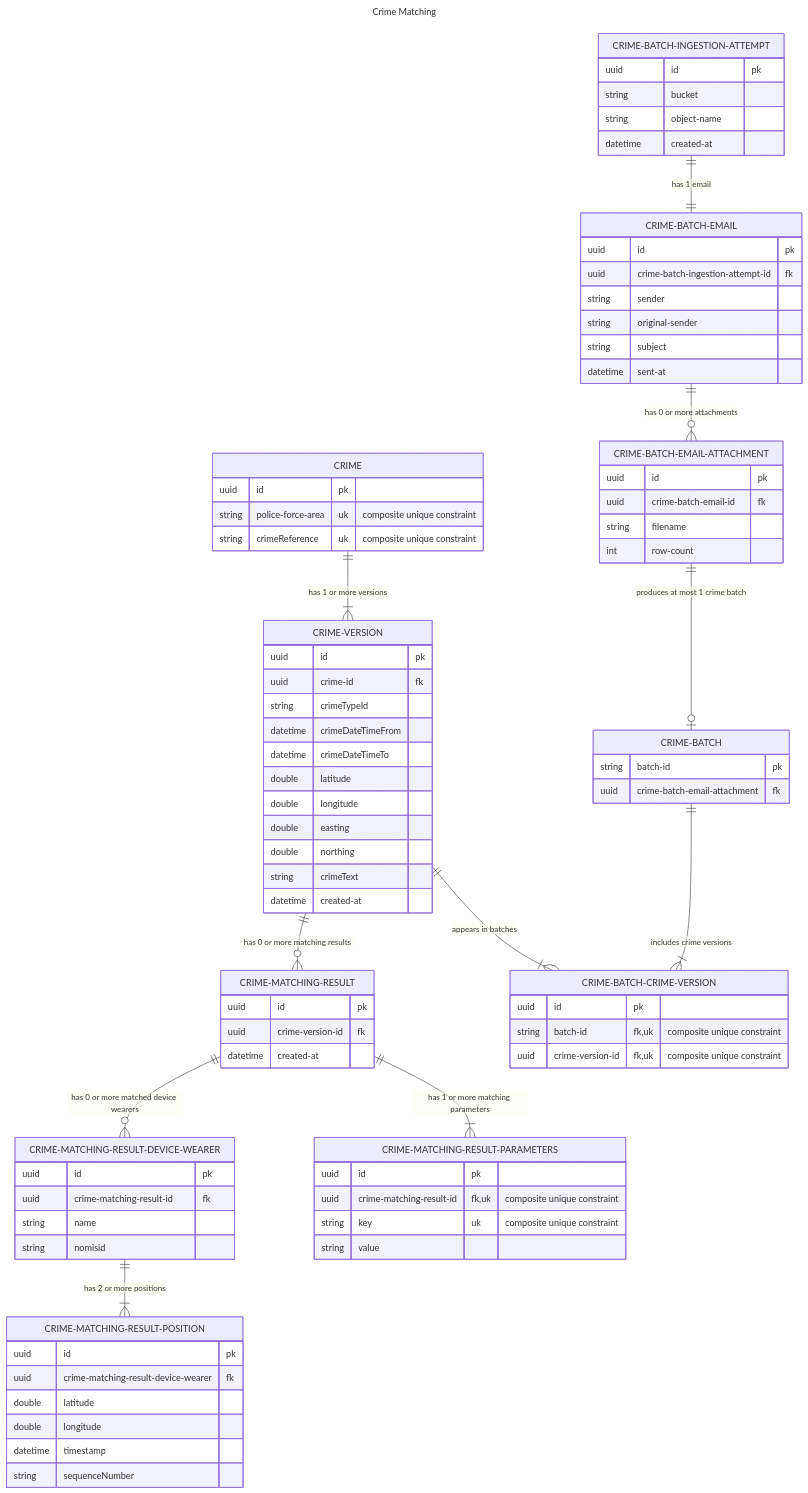
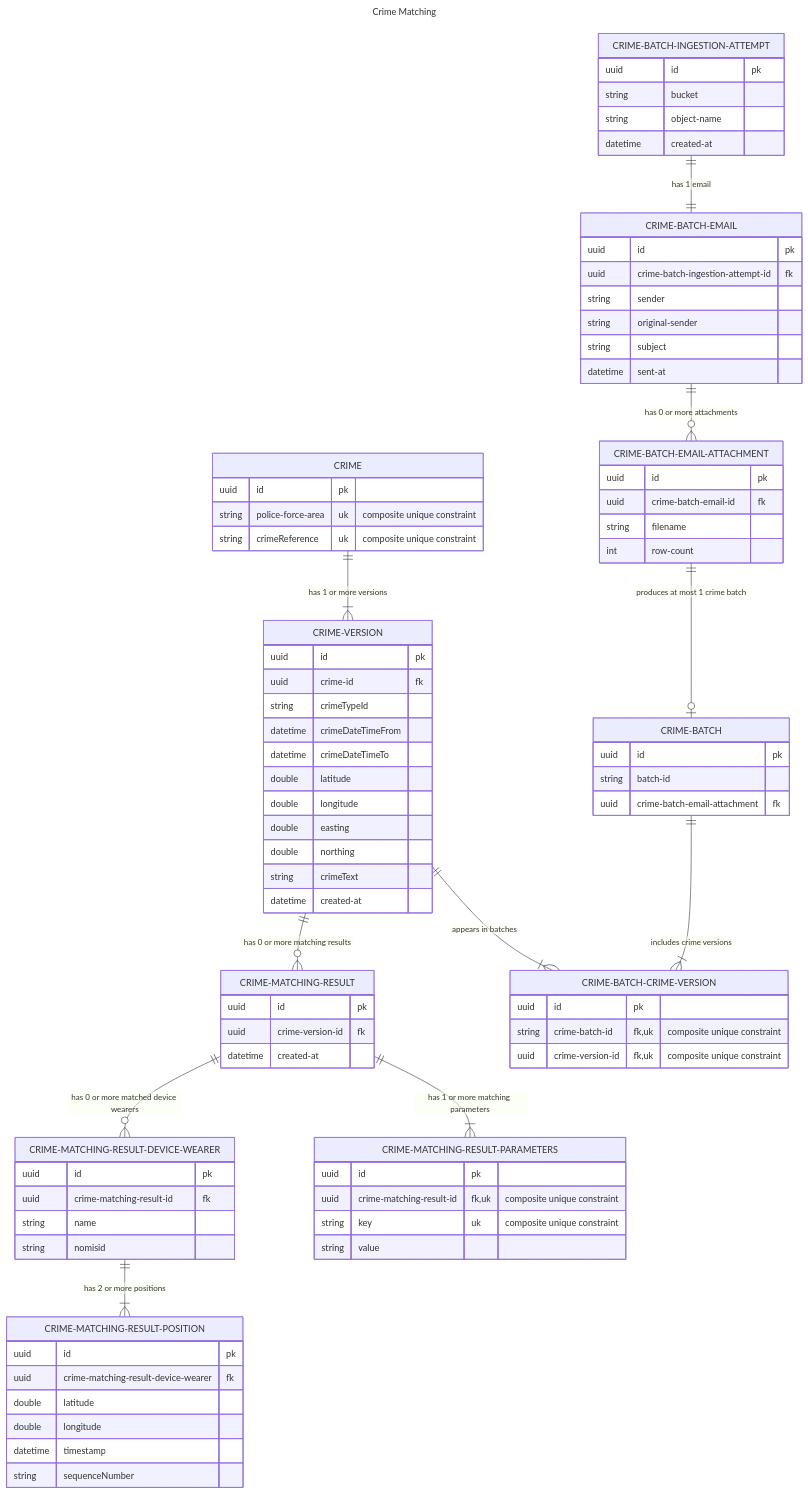
Before and after one commit to ministryofjustice/hmpps-electronic-monitoring-crime-matching-api: the diagram in docs/model.mmd, drawn with Mermaid.

Commit message:
Allow duplicate batch ids in model

```diff
--- a/docs/model.mmd
+++ b/docs/model.mmd
@@ -1,102 +1,103 @@
 ---
 title: Crime Matching
 ---
 erDiagram 
     %% Domain
     CRIME 1 to 1+ CRIME-VERSION : "has 1 or more versions"
     CRIME-VERSION 1 to 0+ CRIME-MATCHING-RESULT : "has 0 or more matching results"
     CRIME-BATCH 1 to 1+ CRIME-BATCH-CRIME-VERSION : "includes crime versions"
     CRIME-VERSION 1 to 1+ CRIME-BATCH-CRIME-VERSION : "appears in batches"
 
     %% Ingestion
     CRIME-BATCH-EMAIL-ATTACHMENT 1 to zero or one CRIME-BATCH : "produces at most 1 crime batch"
     CRIME-BATCH-INGESTION-ATTEMPT 1 to 1 CRIME-BATCH-EMAIL : "has 1 email"
     CRIME-BATCH-EMAIL 1 to 0+ CRIME-BATCH-EMAIL-ATTACHMENT : "has 0 or more attachments"
 
     %% Matching
     CRIME-MATCHING-RESULT 1 to 0+ CRIME-MATCHING-RESULT-DEVICE-WEARER : "has 0 or more matched device wearers"
     CRIME-MATCHING-RESULT 1 to 1+ CRIME-MATCHING-RESULT-PARAMETERS : "has 1 or more matching parameters"
     CRIME-MATCHING-RESULT-DEVICE-WEARER 1 to 1+ CRIME-MATCHING-RESULT-POSITION : "has 2 or more positions"
 
     CRIME-BATCH {
-        string batch-id pk
+        uuid id pk
+        string batch-id
         uuid crime-batch-email-attachment fk
     }
 
     CRIME-BATCH-CRIME-VERSION {
         uuid id pk
-        string batch-id fk, uk "composite unique constraint"
+        string crime-batch-id fk, uk "composite unique constraint"
         uuid crime-version-id fk, uk "composite unique constraint"
     }
 
     CRIME-BATCH-INGESTION-ATTEMPT {
         uuid id pk
         string bucket
         string object-name
         datetime created-at
     }
 
     CRIME-BATCH-EMAIL {
         uuid id pk
         uuid crime-batch-ingestion-attempt-id fk
         string sender
         string original-sender
         string subject
         datetime sent-at
     }
 
     CRIME-BATCH-EMAIL-ATTACHMENT {
         uuid id pk
         uuid crime-batch-email-id fk
         string filename
         int row-count
     }
 
     CRIME {
         uuid id pk
         string police-force-area uk "composite unique constraint"
         string crimeReference uk "composite unique constraint"
     }
 
     CRIME-VERSION {
         uuid id pk
         uuid crime-id fk
         string crimeTypeId
         datetime crimeDateTimeFrom
         datetime crimeDateTimeTo
         double latitude
         double longitude
         double easting
         double northing
         string crimeText
         datetime created-at
     }
 
     CRIME-MATCHING-RESULT {
         uuid id pk
         uuid crime-version-id fk
         datetime created-at
     }
 
     CRIME-MATCHING-RESULT-PARAMETERS {
         uuid id pk
         uuid crime-matching-result-id fk, uk "composite unique constraint"
         string key uk "composite unique constraint"
         string value
     }
 
     CRIME-MATCHING-RESULT-DEVICE-WEARER {
         uuid id pk
         uuid crime-matching-result-id fk
         string name
         string nomisid
     }
 
     CRIME-MATCHING-RESULT-POSITION {
         uuid id pk
         uuid crime-matching-result-device-wearer fk
         double latitude
         double longitude
         datetime timestamp
         string sequenceNumber
     }
```
